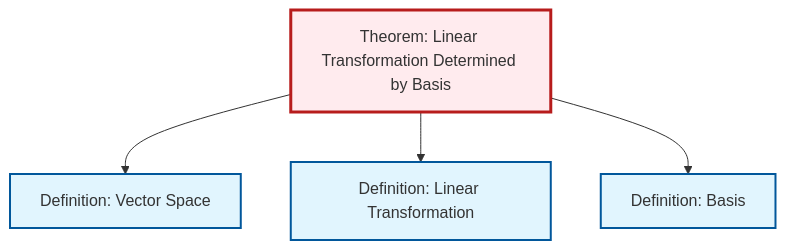
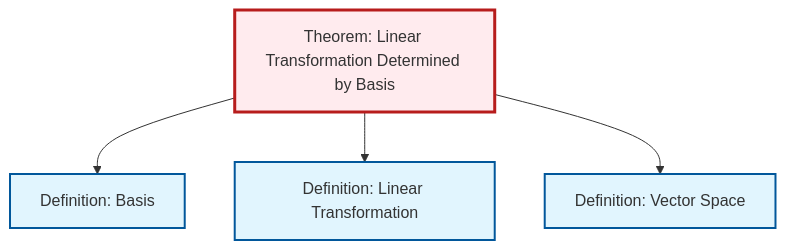
Before and after one commit to RK0429/ModernMath: the diagram in content/ja/algebra/thm-linear-transformation-basis.qmd, drawn with Mermaid. The commit also changed other lines of this file and 417 other files, not shown here.

````diff
--- a/content/ja/algebra/thm-linear-transformation-basis.qmd
+++ b/content/ja/algebra/thm-linear-transformation-basis.qmd
@@ -48,20 +48,20 @@
 ```{mermaid}
 %%| fig-cap: "Local dependency graph"
 graph TD
     classDef definition fill:#e1f5fe,stroke:#01579b,stroke-width:2px
     classDef theorem fill:#f3e5f5,stroke:#4a148c,stroke-width:2px
     classDef axiom fill:#fff3e0,stroke:#e65100,stroke-width:2px
     classDef example fill:#e8f5e9,stroke:#1b5e20,stroke-width:2px
     classDef current fill:#ffebee,stroke:#b71c1c,stroke-width:3px
     def-basis["Definition: Basis"]:::definition
+    def-linear-transformation["Definition: Linear Transformation"]:::definition
     def-vector-space["Definition: Vector Space"]:::definition
-    def-linear-transformation["Definition: Linear Transformation"]:::definition
     thm-linear-transformation-basis["Theorem: Linear Transformation Determined by Basis"]:::theorem
+    thm-linear-transformation-basis --> def-basis
+    thm-linear-transformation-basis --> def-linear-transformation
     thm-linear-transformation-basis --> def-vector-space
-    thm-linear-transformation-basis --> def-linear-transformation
-    thm-linear-transformation-basis --> def-basis
     class thm-linear-transformation-basis current
     click def-basis "def-basis.html" "Definition: Basisへ"
+    click def-linear-transformation "def-linear-transformation.html" "Definition: Linear Transformationへ"
     click def-vector-space "def-vector-space.html" "Definition: Vector Spaceへ"
-    click def-linear-transformation "def-linear-transformation.html" "Definition: Linear Transformationへ"
 ```
````
